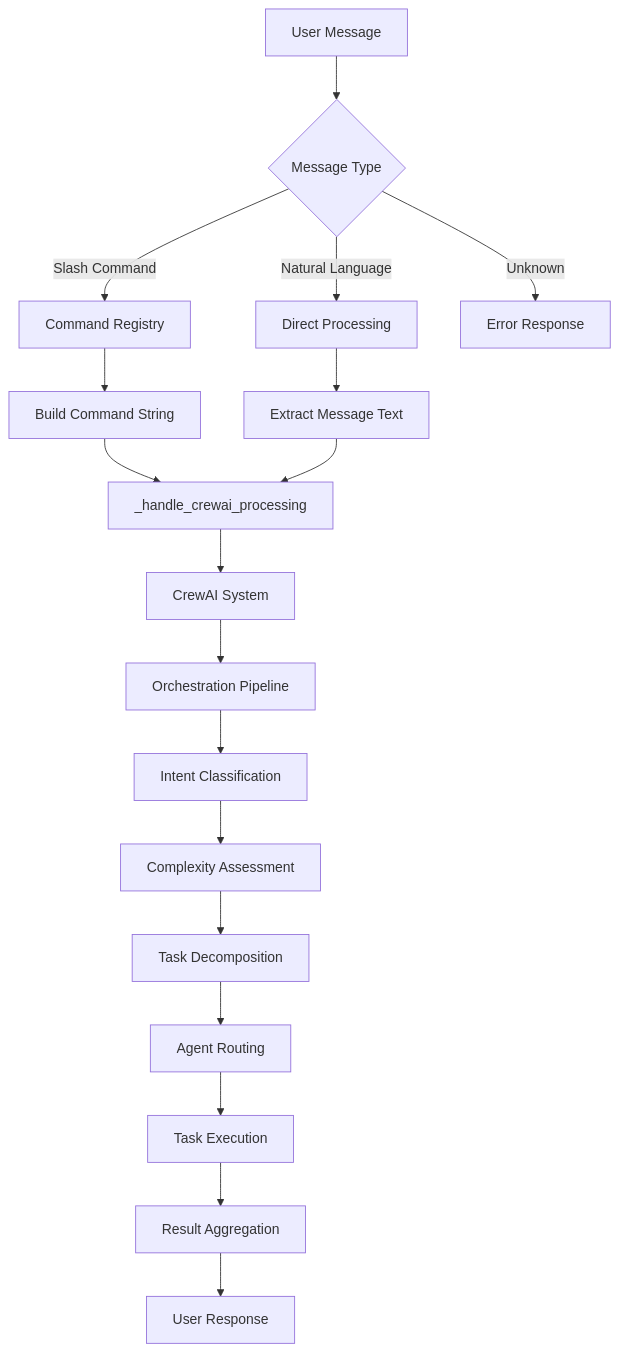
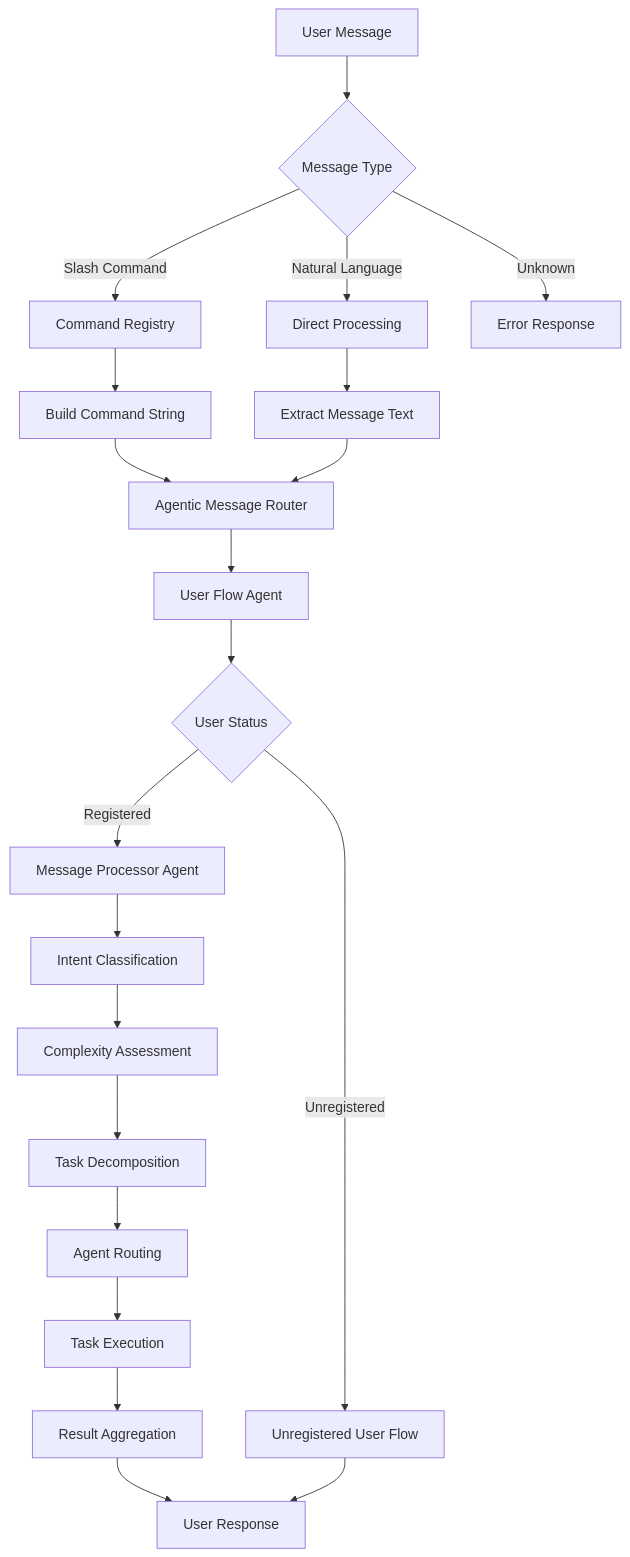
The sixth of 7 diagrams in docs/ARCHITECTURE.md (hoquem/KICKAI), drawn with Mermaid before and after one commit. The commit also changed other lines of this file and 138 other files, not shown here.

````diff
--- a/docs/ARCHITECTURE.md
+++ b/docs/ARCHITECTURE.md
@@ -311,23 +1146,28 @@
 ```mermaid
 graph TD
     A[User Message] --> B{Message Type}
     B -->|Slash Command| C[Command Registry]
     B -->|Natural Language| D[Direct Processing]
     B -->|Unknown| E[Error Response]
     
     C --> F[Build Command String]
     D --> G[Extract Message Text]
     
-    F --> H[_handle_crewai_processing]
+    F --> H[Agentic Message Router]
     G --> H
     
-    H --> I[CrewAI System]
-    I --> J[Orchestration Pipeline]
-    J --> K[Intent Classification]
-    K --> L[Complexity Assessment]
-    L --> M[Task Decomposition]
-    M --> N[Agent Routing]
-    N --> O[Task Execution]
-    O --> P[Result Aggregation]
-    P --> Q[User Response]
+    H --> I[User Flow Agent]
+    I --> J{User Status}
+    J -->|Unregistered| L[Unregistered User Flow]
+    J -->|Registered| M[Message Processor Agent]
+    
+    M --> N[Intent Classification]
+    N --> O[Complexity Assessment]
+    O --> P[Task Decomposition]
+    P --> Q[Agent Routing]
+    Q --> R[Task Execution]
+    R --> S[Result Aggregation]
+    S --> T[User Response]
+    
+    L --> T
 ```
````
